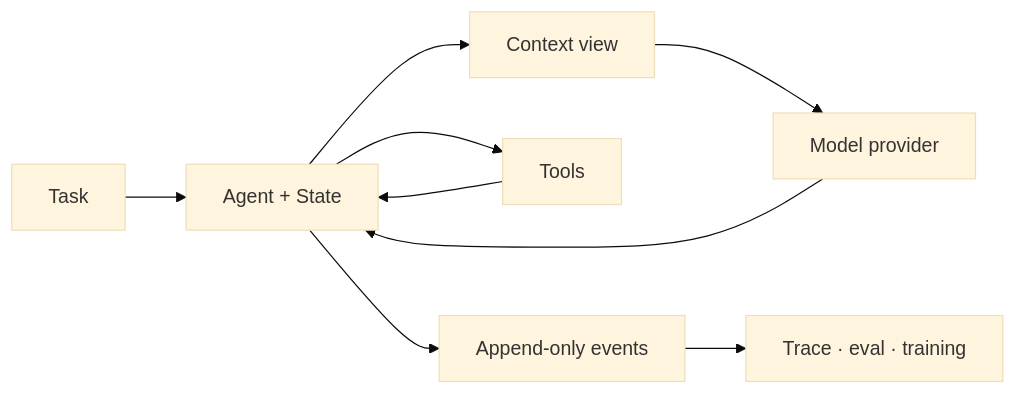
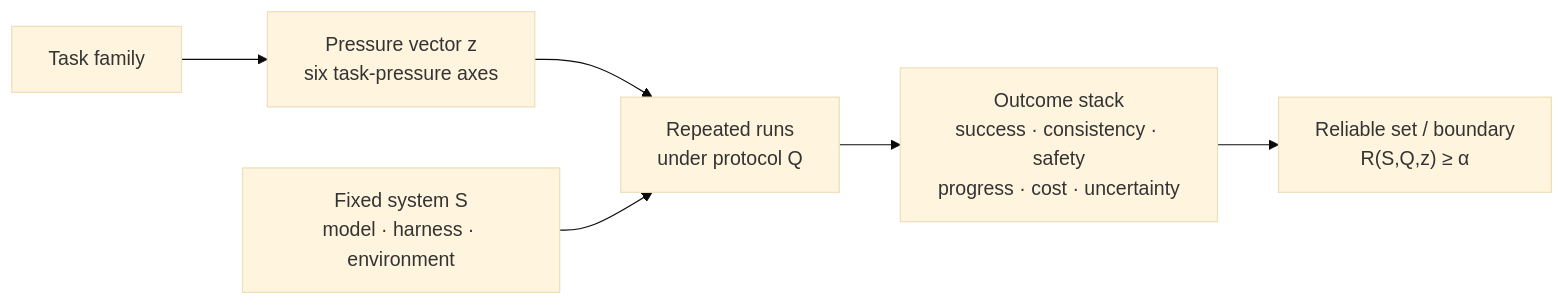
One commit to simple-agent-lab/simple-long-horizon-agent changed the diagram in README.md. Above: the diagram before and after it, drawn with Mermaid (base theme). The commit also changed other lines of this file and 3 other files, not shown here.

````diff
--- a/README.md
+++ b/README.md
@@ -102,11 +59,8 @@
 ```mermaid
 flowchart LR
-    U["Task"] --> A["Agent + State"]
-    A --> C["Context view"]
-    C --> M["Model provider"]
-    M --> A
-    A --> T["Tools"]
-    T --> A
-    A --> E["Append-only events"]
-    E --> O["Trace · eval · training"]
+    T["Task family"] --> Z["Pressure vector z<br/>six task-pressure axes"]
+    Z --> R["Repeated runs<br/>under protocol Q"]
+    S["Fixed system S<br/>model · harness · environment"] --> R
+    R --> O["Outcome stack<br/>success · consistency · safety<br/>progress · cost · uncertainty"]
+    O --> B["Reliable set / boundary<br/>R(S,Q,z) ≥ α"]
 ```
````
